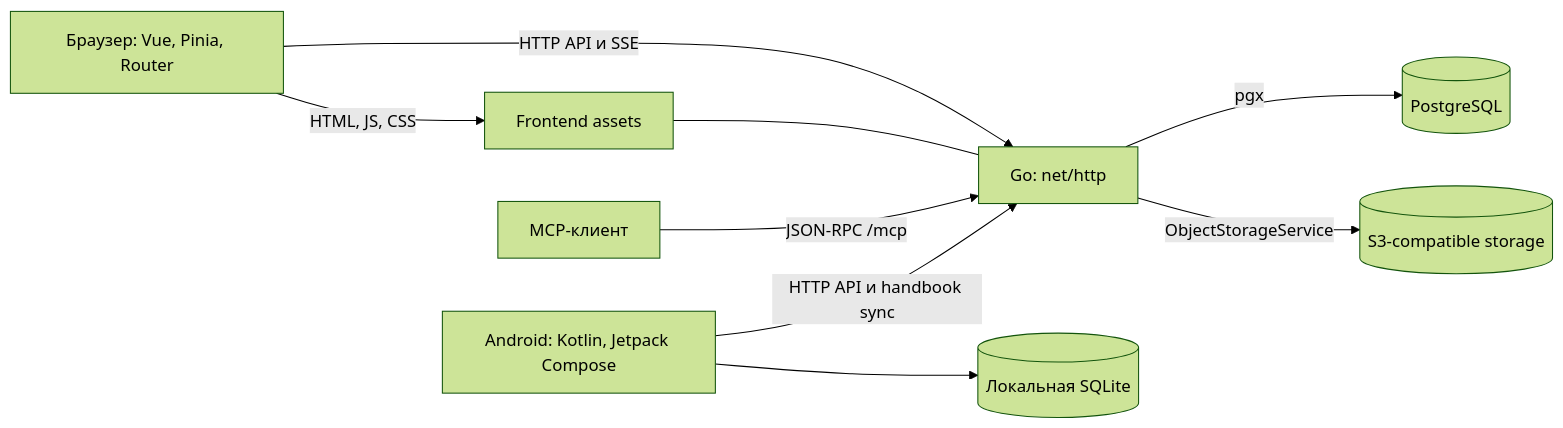
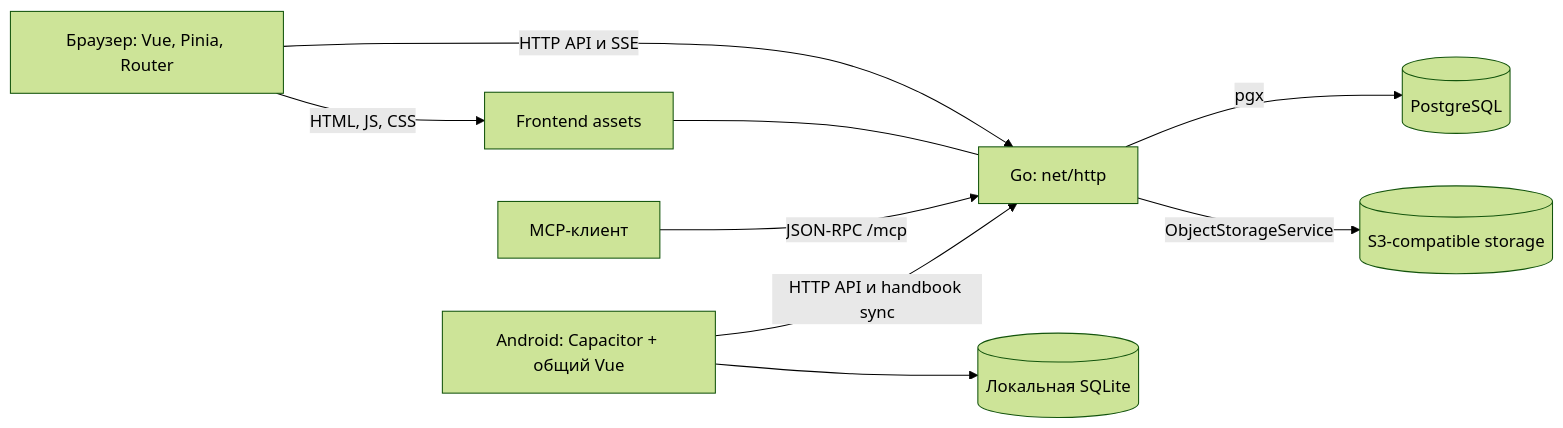
The diagram in md/architecture.md (SylvieShare/dndShare), drawn with Mermaid (forest theme) before and after one commit. The commit also changed other lines of this file and 984 other files, not shown here.

Commit message:
Перевести Android на общий Vue-интерфейс с локальной базой и синхронизацией

````diff
--- a/md/architecture.md
+++ b/md/architecture.md
@@ -18,11 +16,11 @@
 ```mermaid
 flowchart LR
     Browser[Браузер: Vue, Pinia, Router] -->|HTTP API и SSE| Go[Go: net/http]
     Browser -->|HTML, JS, CSS| Assets[Frontend assets]
     Assets --- Go
     Client[MCP-клиент] -->|JSON-RPC /mcp| Go
-    Native[Android: Kotlin, Jetpack Compose] -->|HTTP API и handbook sync| Go
+    Native[Android: Capacitor + общий Vue] -->|HTTP API и handbook sync| Go
     Native --> LocalDB[(Локальная SQLite)]
     Go -->|pgx| DB[(PostgreSQL)]
     Go -->|ObjectStorageService| S3[(S3-compatible storage)]
 ```
````
